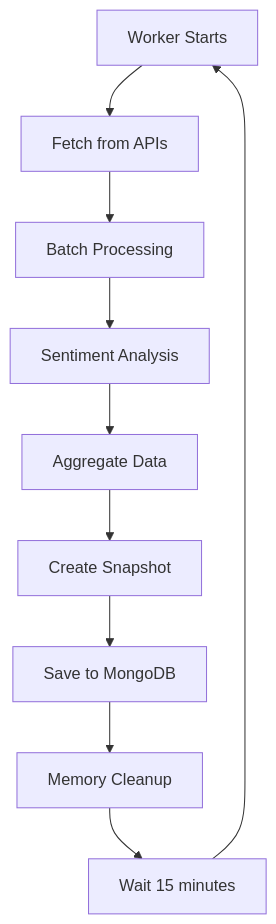
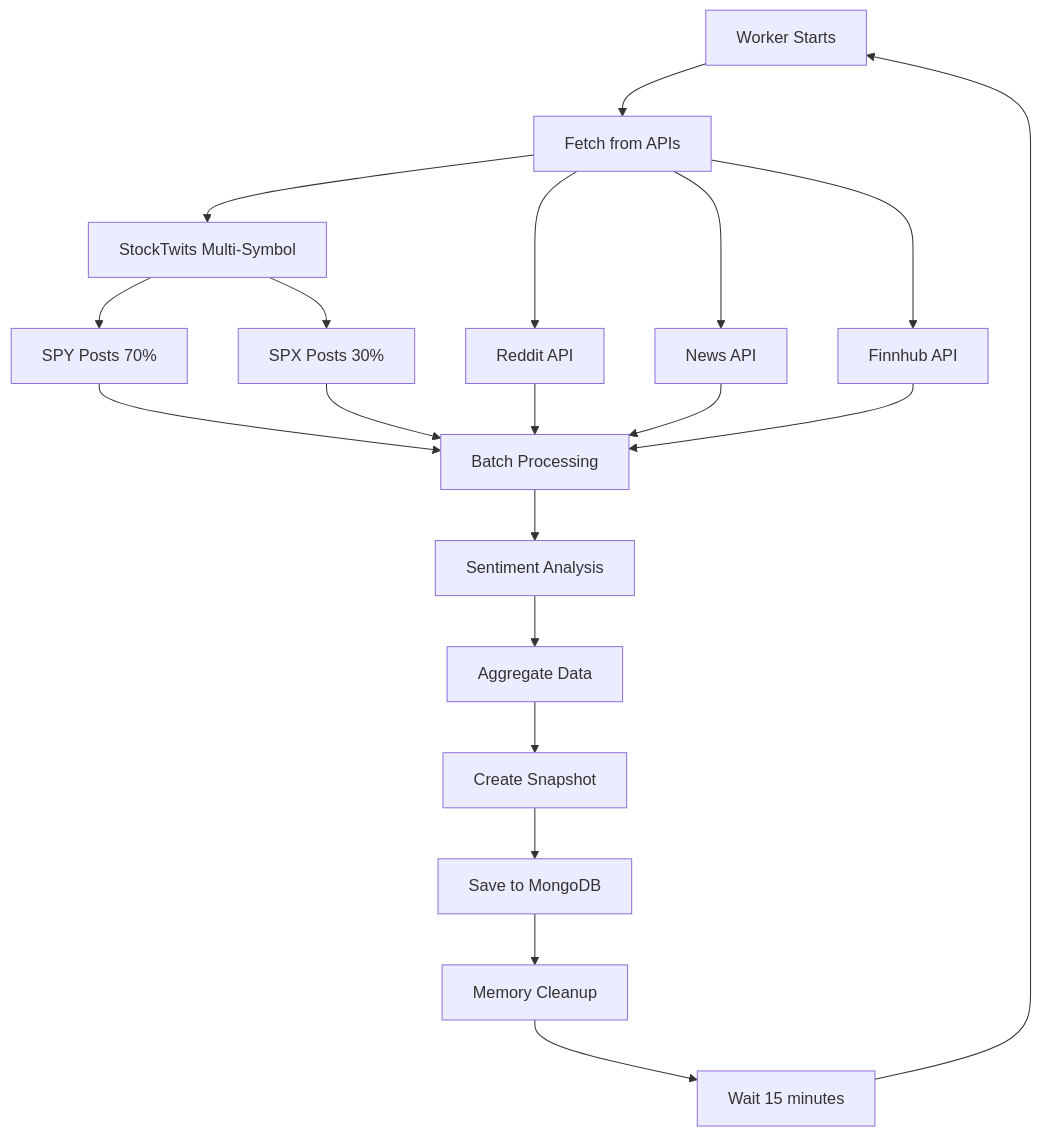
The second of 2 diagrams in README.md (insdaguirre/SentimentWatch), drawn with Mermaid before and after one commit. The commit also changed other lines of this file, not shown here.

First line of the commit message:
docs: Update README with multi-symbol StockTwits integration

````diff
--- a/README.md
+++ b/README.md
@@ -289,12 +298,22 @@
 ```mermaid
 graph TD
     A[Worker Starts] --> B[Fetch from APIs]
-    B --> C[Batch Processing]
+    B --> B1[Reddit API]
+    B --> B2[StockTwits Multi-Symbol]
+    B --> B3[News API]
+    B --> B4[Finnhub API]
+    B2 --> B2a[SPY Posts 70%]
+    B2 --> B2b[SPX Posts 30%]
+    B2a --> C[Batch Processing]
+    B2b --> C
+    B1 --> C
+    B3 --> C
+    B4 --> C
     C --> D[Sentiment Analysis]
     D --> E[Aggregate Data]
     E --> F[Create Snapshot]
     F --> G[Save to MongoDB]
     G --> H[Memory Cleanup]
     H --> I[Wait 15 minutes]
     I --> A
 ```
````
